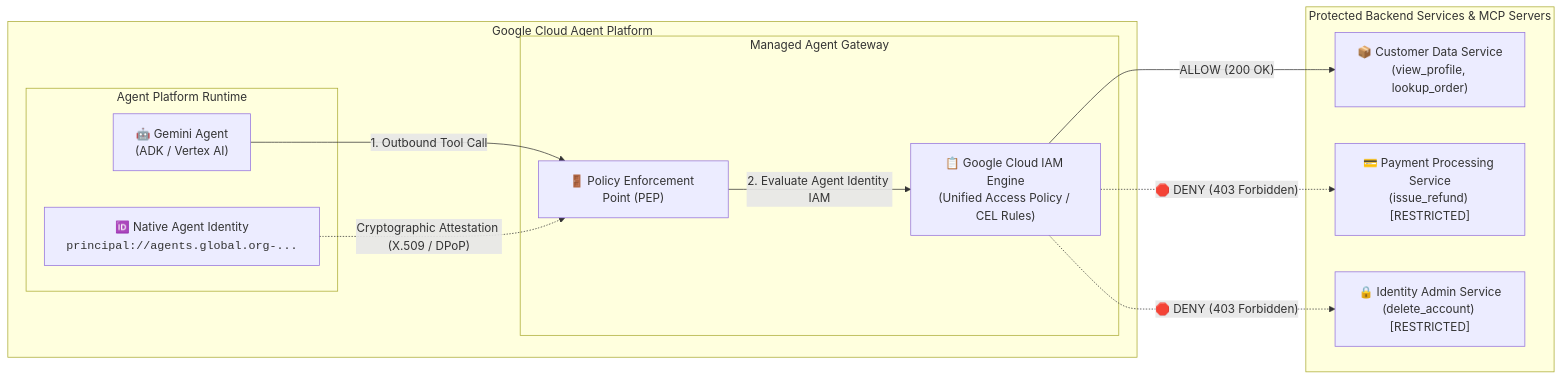
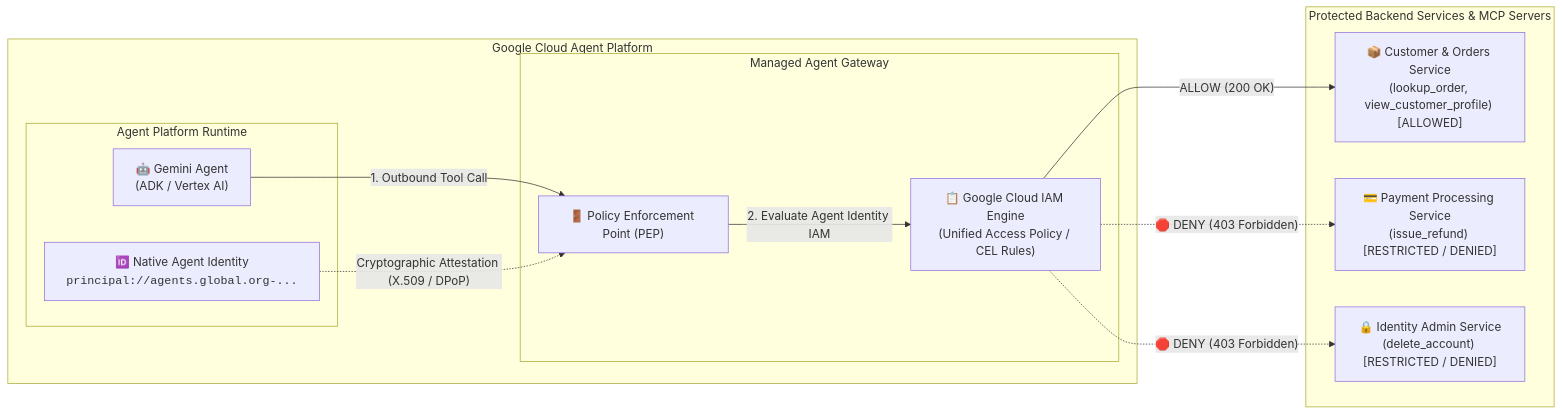
Before and after one commit to jamesmeyergithub/agent-gateway: the first of 2 diagrams in README.md, drawn with Mermaid. The commit also changed other lines of this file and 3 other files, not shown here.

Commit message:
docs & feat: add view_customer_profile across all architecture diagrams, test cases, and gateway tools

````diff
--- a/README.md
+++ b/README.md
@@ -23,27 +23,27 @@
 ```mermaid
 flowchart LR
     subgraph PlatformLayer["Google Cloud Agent Platform"]
         subgraph Runtime["Agent Platform Runtime"]
             Agent["🤖 Gemini Agent<br/>(ADK / Vertex AI)"]
             Identity["🆔 Native Agent Identity<br/><code>principal://agents.global.org-...</code>"]
         end
 
         subgraph Gateway["Managed Agent Gateway"]
             PEP["🚪 Policy Enforcement Point (PEP)"]
             IAM["📋 Google Cloud IAM Engine<br/>(Unified Access Policy / CEL Rules)"]
         end
     end
 
     subgraph BackendLayer["Protected Backend Services & MCP Servers"]
-        CRM["📦 Customer Data Service<br/>(view_profile, lookup_order)"]
-        Billing["💳 Payment Processing Service<br/>(issue_refund) [RESTRICTED]"]
-        Auth["🔒 Identity Admin Service<br/>(delete_account) [RESTRICTED]"]
+        CRM["📦 Customer & Orders Service<br/>(lookup_order, view_customer_profile) [ALLOWED]"]
+        Billing["💳 Payment Processing Service<br/>(issue_refund) [RESTRICTED / DENIED]"]
+        Auth["🔒 Identity Admin Service<br/>(delete_account) [RESTRICTED / DENIED]"]
     end
 
     Agent -->|"1. Outbound Tool Call"| PEP
     Identity -.->|"Cryptographic Attestation (X.509 / DPoP)"| PEP
     PEP -->|"2. Evaluate Agent Identity IAM"| IAM
     IAM -->|"ALLOW (200 OK)"| CRM
     IAM -.->|"🛑 DENY (403 Forbidden)"| Billing
     IAM -.->|"🛑 DENY (403 Forbidden)"| Auth
 ```
````
